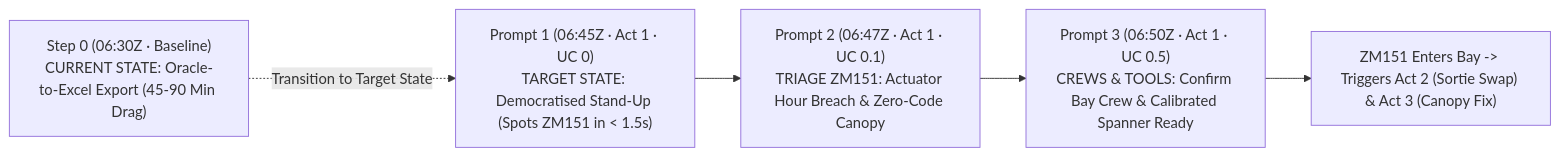
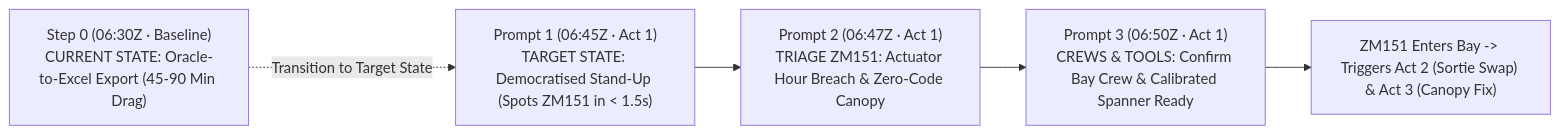
One commit to edwardsda-prog/f35 changed the second of 4 diagrams in DEMO_STORYBOARD.md. Above: the diagram before and after it, drawn with Mermaid. The commit also changed other lines of this file and 2 other files, not shown here.

Commit message:
docs(arch): add F-35 POC One-Page Architecture blueprint and 16:9 Google Cloud diagram

````diff
--- a/DEMO_STORYBOARD.md
+++ b/DEMO_STORYBOARD.md
@@ -144,7 +144,7 @@
 ```mermaid
 flowchart LR
-    S0["Step 0 (06:30Z · Baseline)<br/>CURRENT STATE: Oracle-to-Excel Export (45-90 Min Drag)"] -.->|Transition to Target State| P1["Prompt 1 (06:45Z · Act 1 · UC 0)<br/>TARGET STATE: Democratised Stand-Up (Spots ZM151 in < 1.5s)"]
-    P1 --> P2["Prompt 2 (06:47Z · Act 1 · UC 0.1)<br/>TRIAGE ZM151: Actuator Hour Breach & Zero-Code Canopy"]
-    P2 --> P3["Prompt 3 (06:50Z · Act 1 · UC 0.5)<br/>CREWS & TOOLS: Confirm Bay Crew & Calibrated Spanner Ready"]
+    S0["Step 0 (06:30Z · Baseline)<br/>CURRENT STATE: Oracle-to-Excel Export (45-90 Min Drag)"] -.->|Transition to Target State| P1["Prompt 1 (06:45Z · Act 1)<br/>TARGET STATE: Democratised Stand-Up (Spots ZM151 in < 1.5s)"]
+    P1 --> P2["Prompt 2 (06:47Z · Act 1)<br/>TRIAGE ZM151: Actuator Hour Breach & Zero-Code Canopy"]
+    P2 --> P3["Prompt 3 (06:50Z · Act 1)<br/>CREWS & TOOLS: Confirm Bay Crew & Calibrated Spanner Ready"]
     P3 --> E1["ZM151 Enters Bay -> Triggers Act 2 (Sortie Swap) & Act 3 (Canopy Fix)"]
 ```
````
